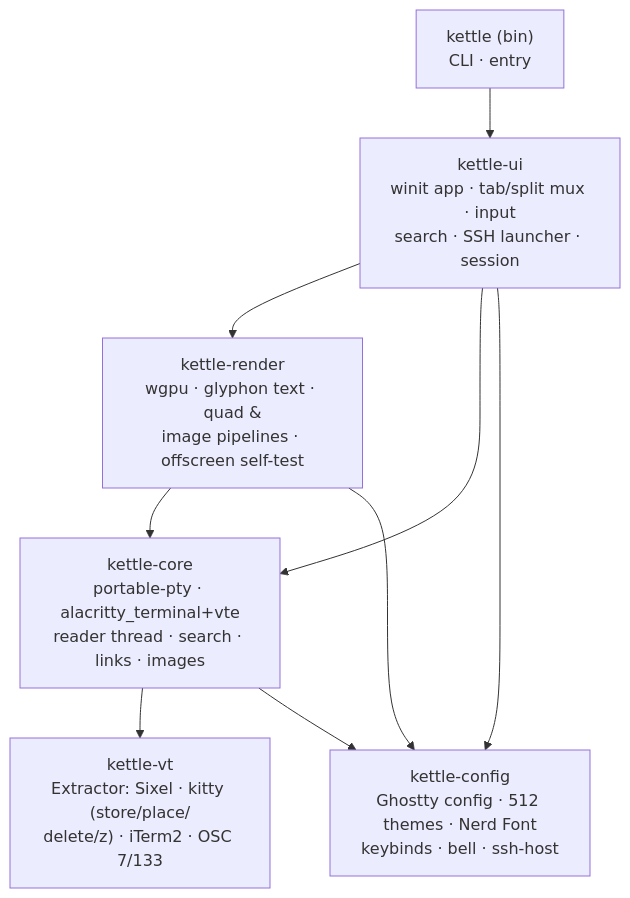
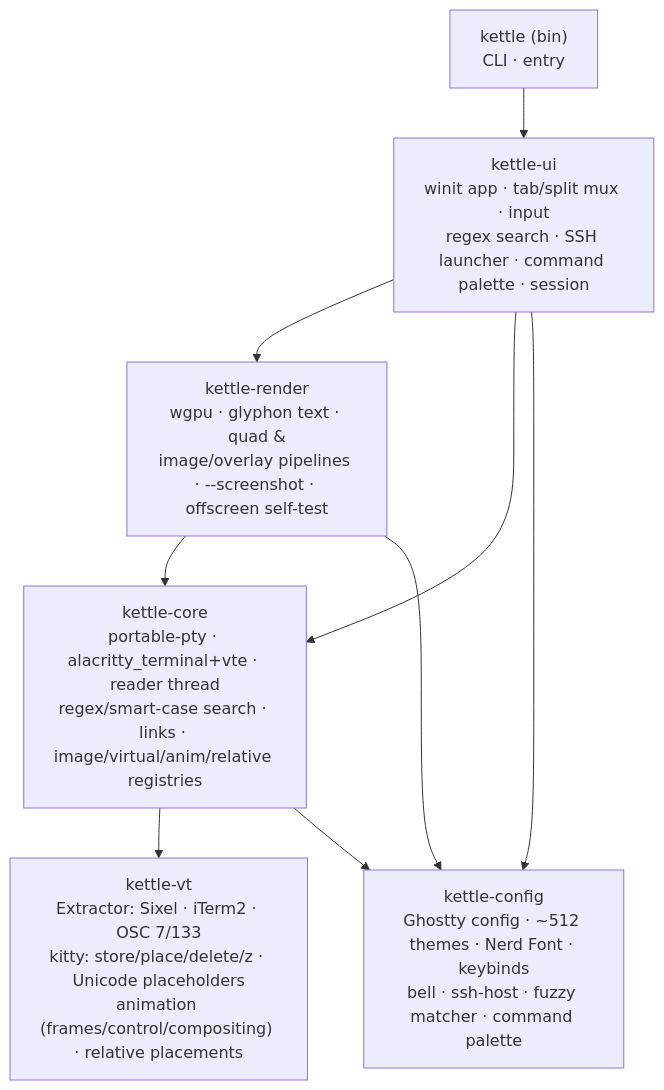
Before and after one commit to Reddimus/kettle: the first of 3 diagrams in docs/ARCHITECTURE.md, drawn with Mermaid. The commit also changed other lines of this file and 1 other file, not shown here.

First line of the commit message:
docs: refresh ARCHITECTURE.md + add kitty-pipeline mermaid

````diff
--- a/docs/ARCHITECTURE.md
+++ b/docs/ARCHITECTURE.md
@@ -10,13 +10,13 @@
 ```mermaid
 graph TD
     bin["kettle (bin)<br/>CLI · entry"] --> ui
-    ui["kettle-ui<br/>winit app · tab/split mux · input<br/>search · SSH launcher · session"] --> render
+    ui["kettle-ui<br/>winit app · tab/split mux · input<br/>regex search · SSH launcher · command palette · session"] --> render
     ui --> core
     ui --> cfg
-    render["kettle-render<br/>wgpu · glyphon text · quad &<br/>image pipelines · offscreen self-test"] --> core
+    render["kettle-render<br/>wgpu · glyphon text · quad &<br/>image/overlay pipelines · --screenshot · offscreen self-test"] --> core
     render --> cfg
-    core["kettle-core<br/>portable-pty · alacritty_terminal+vte<br/>reader thread · search · links · images"] --> vt
+    core["kettle-core<br/>portable-pty · alacritty_terminal+vte · reader thread<br/>regex/smart-case search · links · image/virtual/anim/relative registries"] --> vt
     core --> cfg
-    cfg["kettle-config<br/>Ghostty config · 512 themes · Nerd Font<br/>keybinds · bell · ssh-host"]
-    vt["kettle-vt<br/>Extractor: Sixel · kitty (store/place/<br/>delete/z) · iTerm2 · OSC 7/133"]
+    cfg["kettle-config<br/>Ghostty config · ~512 themes · Nerd Font · keybinds<br/>bell · ssh-host · fuzzy matcher · command palette"]
+    vt["kettle-vt<br/>Extractor: Sixel · iTerm2 · OSC 7/133<br/>kitty: store/place/delete/z · Unicode placeholders<br/>animation (frames/control/compositing) · relative placements"]
 ```
````
